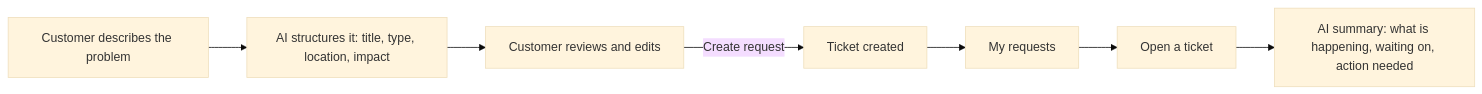
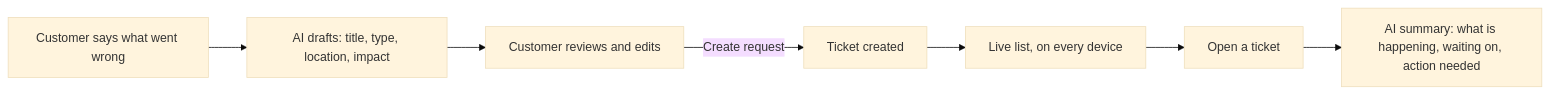
Before and after one commit to chokonaira/PragHack: the first of 2 diagrams in README.md, drawn with Mermaid (base theme). The commit also changed other lines of this file, not shown here.

````diff
--- a/README.md
+++ b/README.md
@@ -26,9 +58,9 @@
 ```mermaid
 flowchart LR
-    A["Customer describes the problem"] --> B["AI structures it: title, type, location, impact"]
+    A["Customer says what went wrong"] --> B["AI drafts: title, type, location, impact"]
     B --> C["Customer reviews and edits"]
     C -->|"Create request"| D["Ticket created"]
-    D --> E["My requests"]
+    D --> E["Live list, on every device"]
     E --> F["Open a ticket"]
     F --> G["AI summary: what is happening, waiting on, action needed"]
 ```
````
